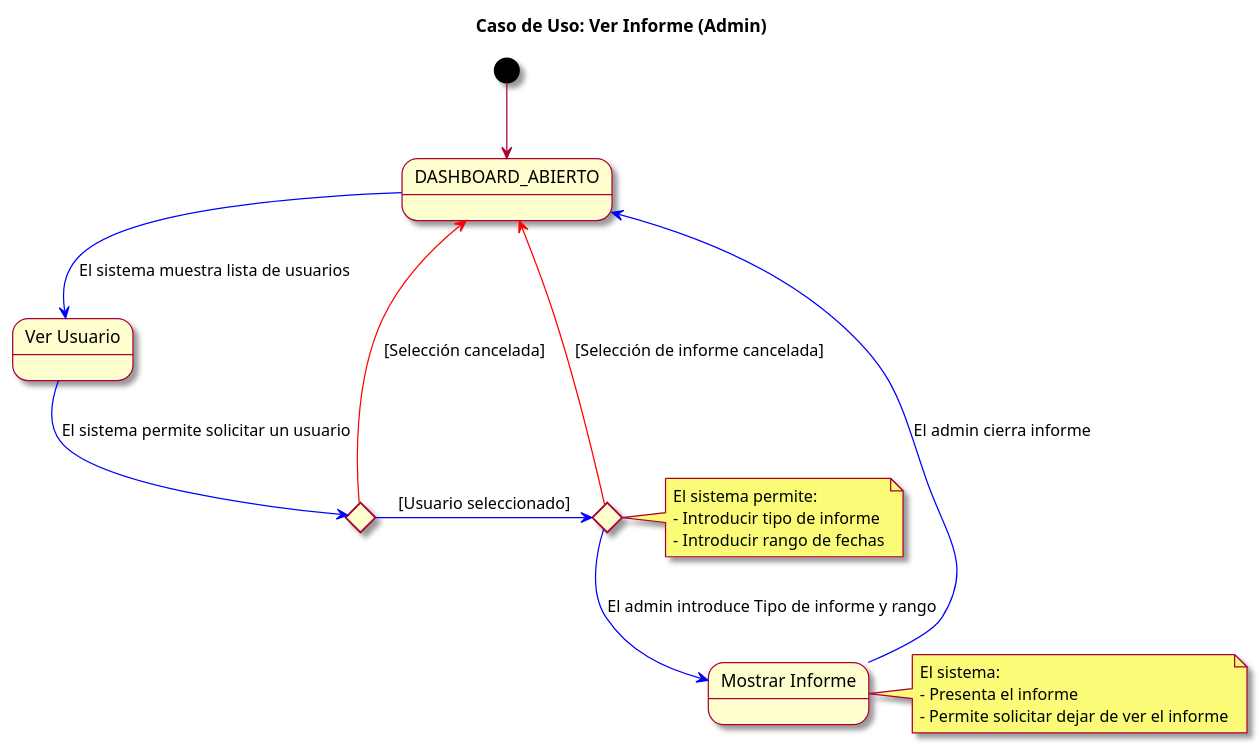
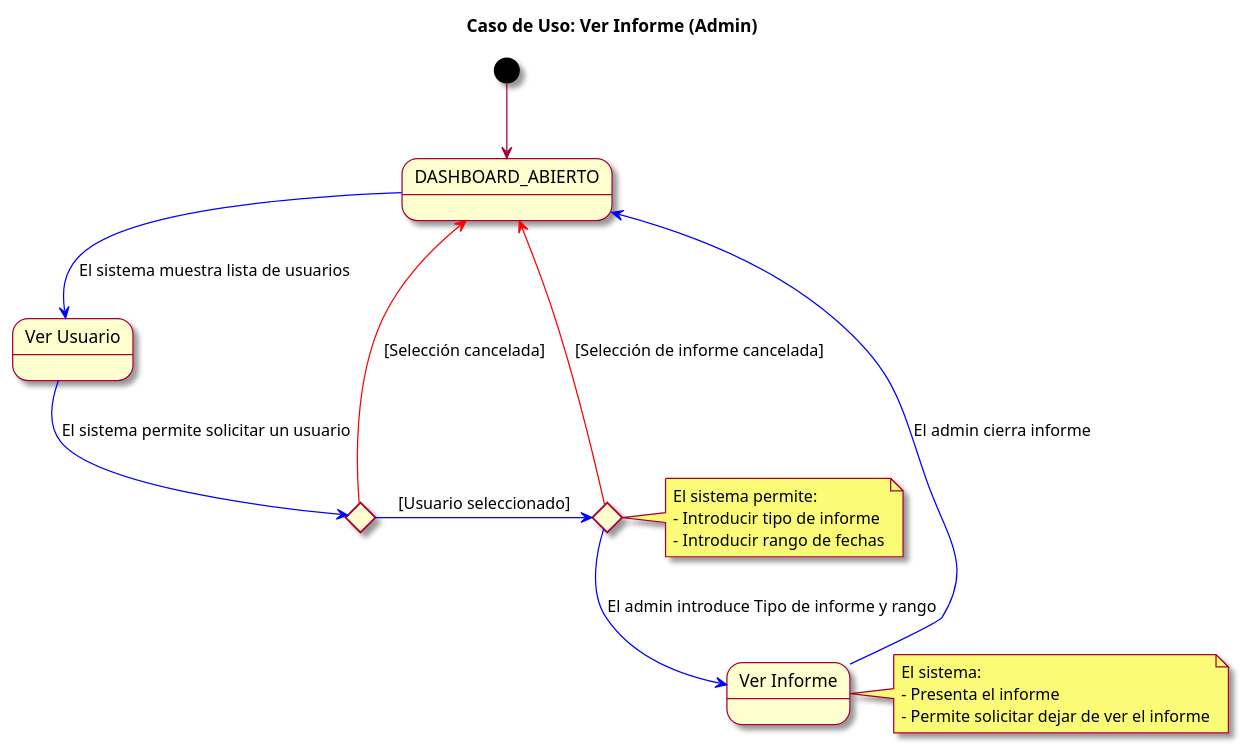
One commit to mmasias/23-24-IdSw1-SDR changed the diagram in modelosUML/casosDeUso/detalles/verInformeAdmin.puml. Above: the diagram before and after it, drawn with PlantUML.

```diff
--- a/modelosUML/casosDeUso/detalles/verInformeAdmin.puml
+++ b/modelosUML/casosDeUso/detalles/verInformeAdmin.puml
@@ -1,32 +1,32 @@
 @startuml
 skin rose
 title Caso de Uso: Ver Informe (Admin)
 
 state DASHBOARD_ABIERTO as "DASHBOARD_ABIERTO"
 state ListaUsuarios as "Ver Usuario"
 state SeleccionarUsuario <<choice>>
 state TipoInforme <<choice>>
-state MostrarInforme as "Mostrar Informe"
+state MostrarInforme as "Ver Informe"
 
 [*] -d-> DASHBOARD_ABIERTO
 DASHBOARD_ABIERTO -d[#blue]-> ListaUsuarios : El sistema muestra lista de usuarios
 ListaUsuarios -d[#blue]-> SeleccionarUsuario : El sistema permite solicitar un usuario
 SeleccionarUsuario -r[#blue]-> TipoInforme : [Usuario seleccionado]
 TipoInforme -d[#blue]-> MostrarInforme : El admin introduce Tipo de informe y rango
 SeleccionarUsuario -l[#red]-> DASHBOARD_ABIERTO : [Selección cancelada]
 TipoInforme -l[#red]-> DASHBOARD_ABIERTO : [Selección de informe cancelada]
 MostrarInforme -d[#blue]-> DASHBOARD_ABIERTO : El admin cierra informe
 
 note right of TipoInforme
   El sistema permite:
   - Introducir tipo de informe
   - Introducir rango de fechas
 end note
 
 note right of MostrarInforme
   El sistema:
   - Presenta el informe
   - Permite solicitar dejar de ver el informe
 end note
 
 @enduml
```
